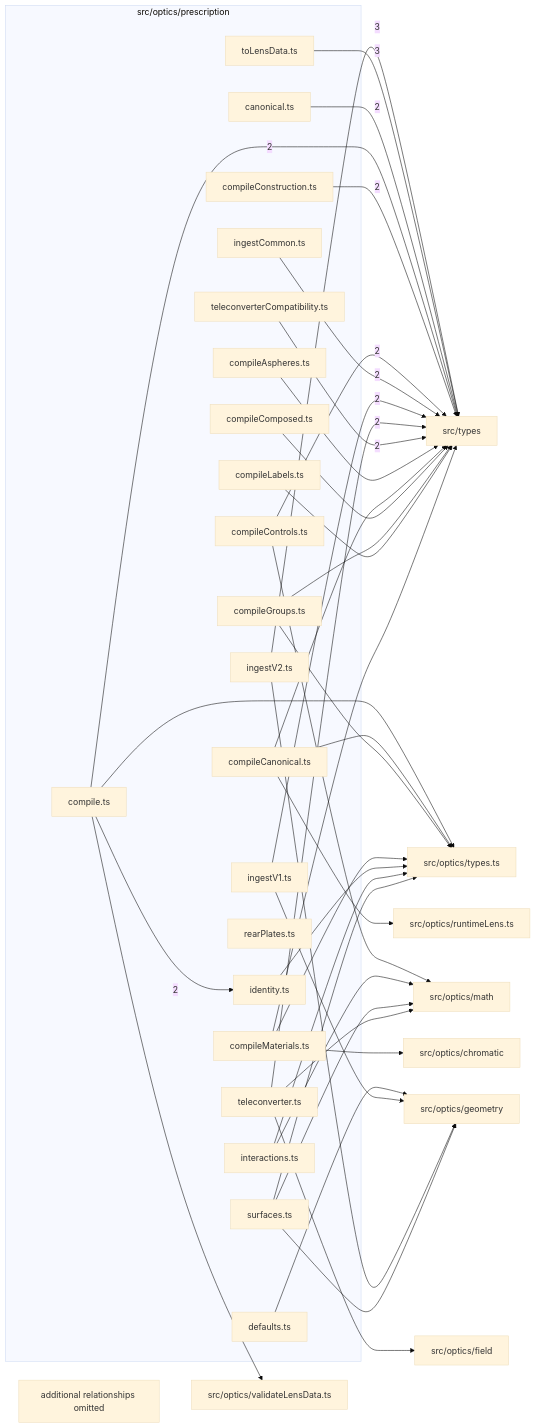
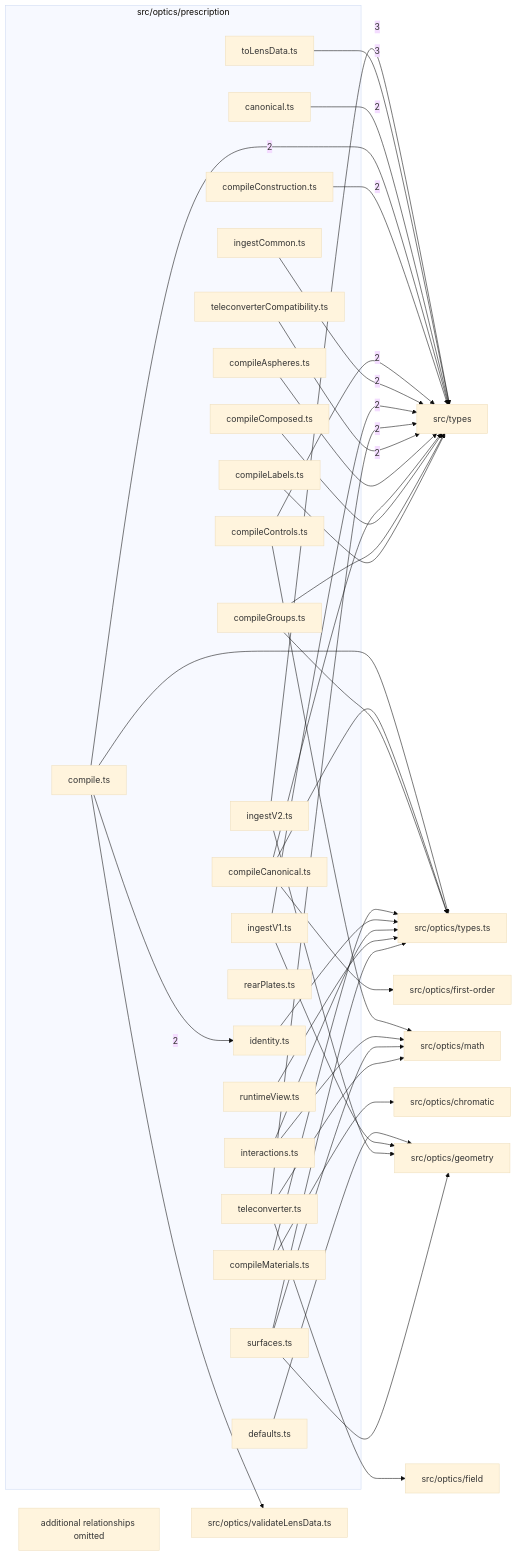
One commit to ronbuening/LensVisualizer changed the diagram in src/optics/prescription/readme.md. Above: the diagram before and after it, drawn with Mermaid (base theme). The commit also changed other lines of this file and 55 other files, not shown here.

Commit message:
S5.P1.T2 Lens constants and the RuntimeLens view, without the runtime back-pointer

````diff
--- a/src/optics/prescription/readme.md
+++ b/src/optics/prescription/readme.md
@@ -9,71 +9,72 @@
 ```mermaid
 flowchart LR
   subgraph n_src_optics_prescription["src/optics/prescription"]
     n_src_optics_prescription_src_optics_prescription_canonical_ts["canonical.ts"]
     n_src_optics_prescription_src_optics_prescription_compile_ts["compile.ts"]
     n_src_optics_prescription_src_optics_prescription_compileAspheres_ts["compileAspheres.ts"]
     n_src_optics_prescription_src_optics_prescription_compileCanonical_ts["compileCanonical.ts"]
     n_src_optics_prescription_src_optics_prescription_compileComposed_ts["compileComposed.ts"]
     n_src_optics_prescription_src_optics_prescription_compileConstruction_ts["compileConstruction.ts"]
     n_src_optics_prescription_src_optics_prescription_compileControls_ts["compileControls.ts"]
     n_src_optics_prescription_src_optics_prescription_compileGroups_ts["compileGroups.ts"]
     n_src_optics_prescription_src_optics_prescription_compileLabels_ts["compileLabels.ts"]
     n_src_optics_prescription_src_optics_prescription_compileMaterials_ts["compileMaterials.ts"]
     n_src_optics_prescription_src_optics_prescription_defaults_ts["defaults.ts"]
     n_src_optics_prescription_src_optics_prescription_identity_ts["identity.ts"]
     n_src_optics_prescription_src_optics_prescription_ingestCommon_ts["ingestCommon.ts"]
     n_src_optics_prescription_src_optics_prescription_ingestV1_ts["ingestV1.ts"]
     n_src_optics_prescription_src_optics_prescription_ingestV2_ts["ingestV2.ts"]
     n_src_optics_prescription_src_optics_prescription_interactions_ts["interactions.ts"]
     n_src_optics_prescription_src_optics_prescription_rearPlates_ts["rearPlates.ts"]
+    n_src_optics_prescription_src_optics_prescription_runtimeView_ts["runtimeView.ts"]
     n_src_optics_prescription_src_optics_prescription_surfaces_ts["surfaces.ts"]
     n_src_optics_prescription_src_optics_prescription_teleconverter_ts["teleconverter.ts"]
     n_src_optics_prescription_src_optics_prescription_teleconverterCompatibility_ts["teleconverterCompatibility.ts"]
     n_src_optics_prescription_src_optics_prescription_toLensData_ts["toLensData.ts"]
   end
   n_external_src_types["src/types"]
   n_external_src_optics_chromatic["src/optics/chromatic"]
   n_external_src_optics_field["src/optics/field"]
+  n_external_src_optics_first_order["src/optics/first-order"]
   n_external_src_optics_geometry["src/optics/geometry"]
   n_external_src_optics_math["src/optics/math"]
-  n_external_src_optics_runtimeLens_ts["src/optics/runtimeLens.ts"]
   n_external_src_optics_types_ts["src/optics/types.ts"]
   n_external_src_optics_validateLensData_ts["src/optics/validateLensData.ts"]
   n_src_optics_prescription_src_optics_prescription_ingestV2_ts --> |3| n_external_src_types
   n_src_optics_prescription_src_optics_prescription_toLensData_ts --> |3| n_external_src_types
   n_src_optics_prescription_src_optics_prescription_canonical_ts --> |2| n_external_src_types
   n_src_optics_prescription_src_optics_prescription_compile_ts --> |2| n_external_src_types
   n_src_optics_prescription_src_optics_prescription_compileConstruction_ts --> |2| n_external_src_types
   n_src_optics_prescription_src_optics_prescription_compileControls_ts --> |2| n_external_src_types
   n_src_optics_prescription_src_optics_prescription_ingestCommon_ts --> |2| n_external_src_types
   n_src_optics_prescription_src_optics_prescription_ingestV1_ts --> |2| n_external_src_types
   n_src_optics_prescription_src_optics_prescription_teleconverter_ts --> |2| n_external_src_types
   n_src_optics_prescription_src_optics_prescription_teleconverterCompatibility_ts --> |2| n_external_src_types
   n_src_optics_prescription_src_optics_prescription_compile_ts --> |2| n_src_optics_prescription_src_optics_prescription_identity_ts
   n_src_optics_prescription_src_optics_prescription_compileMaterials_ts --> n_external_src_optics_chromatic
   n_src_optics_prescription_src_optics_prescription_teleconverter_ts --> n_external_src_optics_field
+  n_src_optics_prescription_src_optics_prescription_compileCanonical_ts --> n_external_src_optics_first_order
   n_src_optics_prescription_src_optics_prescription_defaults_ts --> n_external_src_optics_geometry
   n_src_optics_prescription_src_optics_prescription_ingestV1_ts --> n_external_src_optics_geometry
   n_src_optics_prescription_src_optics_prescription_ingestV2_ts --> n_external_src_optics_geometry
   n_src_optics_prescription_src_optics_prescription_surfaces_ts --> n_external_src_optics_geometry
   n_src_optics_prescription_src_optics_prescription_compileControls_ts --> n_external_src_optics_math
   n_src_optics_prescription_src_optics_prescription_interactions_ts --> n_external_src_optics_math
   n_src_optics_prescription_src_optics_prescription_surfaces_ts --> n_external_src_optics_math
   n_src_optics_prescription_src_optics_prescription_teleconverter_ts --> n_external_src_optics_math
-  n_src_optics_prescription_src_optics_prescription_compileCanonical_ts --> n_external_src_optics_runtimeLens_ts
   n_src_optics_prescription_src_optics_prescription_compile_ts --> n_external_src_optics_types_ts
   n_src_optics_prescription_src_optics_prescription_compileCanonical_ts --> n_external_src_optics_types_ts
   n_src_optics_prescription_src_optics_prescription_compileGroups_ts --> n_external_src_optics_types_ts
   n_src_optics_prescription_src_optics_prescription_compileMaterials_ts --> n_external_src_optics_types_ts
   n_src_optics_prescription_src_optics_prescription_identity_ts --> n_external_src_optics_types_ts
   n_src_optics_prescription_src_optics_prescription_interactions_ts --> n_external_src_optics_types_ts
+  n_src_optics_prescription_src_optics_prescription_runtimeView_ts --> n_external_src_optics_types_ts
   n_src_optics_prescription_src_optics_prescription_surfaces_ts --> n_external_src_optics_types_ts
   n_src_optics_prescription_src_optics_prescription_compile_ts --> n_external_src_optics_validateLensData_ts
   n_src_optics_prescription_src_optics_prescription_compileAspheres_ts --> n_external_src_types
   n_src_optics_prescription_src_optics_prescription_compileCanonical_ts --> n_external_src_types
   n_src_optics_prescription_src_optics_prescription_compileComposed_ts --> n_external_src_types
   n_src_optics_prescription_src_optics_prescription_compileGroups_ts --> n_external_src_types
   n_src_optics_prescription_src_optics_prescription_compileLabels_ts --> n_external_src_types
-  n_src_optics_prescription_src_optics_prescription_compileMaterials_ts --> n_external_src_types
   n_src_optics_prescription_truncated["additional relationships omitted"]
 ```
````
